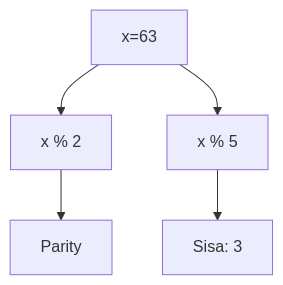
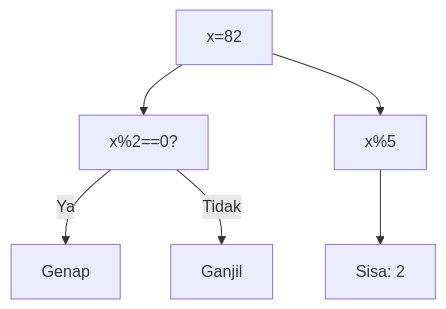
The ninth of 25 diagrams in part-c-pemahaman-cpp/05-rekursi/latihan/set-10.md (amnahwaida/OSNK_INF_PREP), drawn with Mermaid before and after one commit. The commit also changed other lines of this file and 71 other files, not shown here.

Commit message:
Fixed Mermaid syntax lexical errors with quoted labels in 1,800 questions

````diff
--- a/part-c-pemahaman-cpp/05-rekursi/latihan/set-10.md
+++ b/part-c-pemahaman-cpp/05-rekursi/latihan/set-10.md
@@ -176,7 +280,8 @@
 ```mermaid
 graph TD
-A[x=63] --> B[x % 2]
-B --> C[Parity]
-A --> D[x % 5]
-D --> E[Sisa: 3]
+A["x=82"] --> B["x%2==0?"]
+B -- Ya --> C["Genap"]
+B -- Tidak --> D["Ganjil"]
+A --> E["x%5"]
+E --> F["Sisa: 2"]
 ```
````
